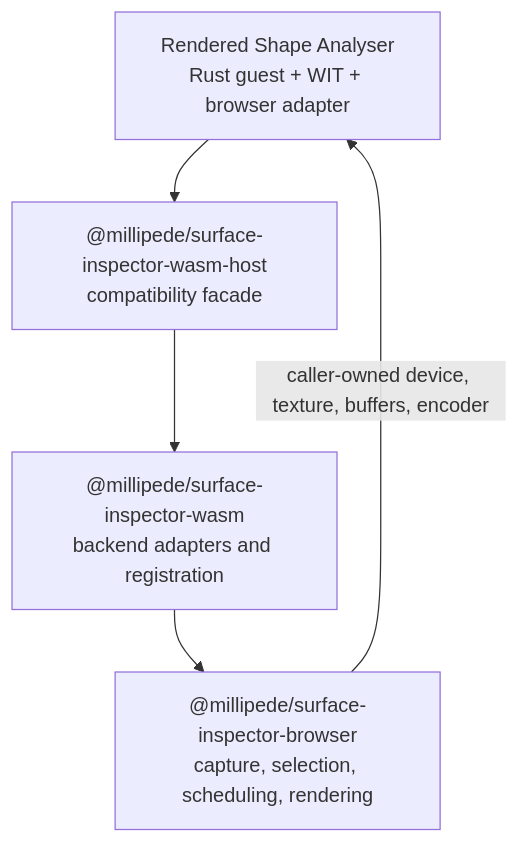
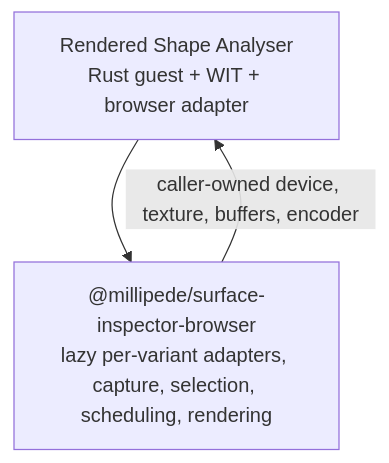
The first of 2 diagrams in README.md (project-millipede/rendered-shape-analyser), drawn with Mermaid before and after one commit. The commit also changed other lines of this file and 9 other files, not shown here.

````diff
--- a/README.md
+++ b/README.md
@@ -41,10 +108,8 @@
 ```mermaid
 flowchart TD
     C["Rendered Shape Analyser<br/>Rust guest + WIT + browser adapter"]
-    H["@millipede/surface-inspector-wasm-host<br/>compatibility facade"]
-    A["@millipede/surface-inspector-wasm<br/>backend adapters and registration"]
-    B["@millipede/surface-inspector-browser<br/>capture, selection, scheduling, rendering"]
+    B["@millipede/surface-inspector-browser<br/>lazy per-variant adapters, capture, selection, scheduling, rendering"]
 
-    C --> H --> A --> B
+    C --> B
     B -- "caller-owned device, texture, buffers, encoder" --> C
 ```
````
